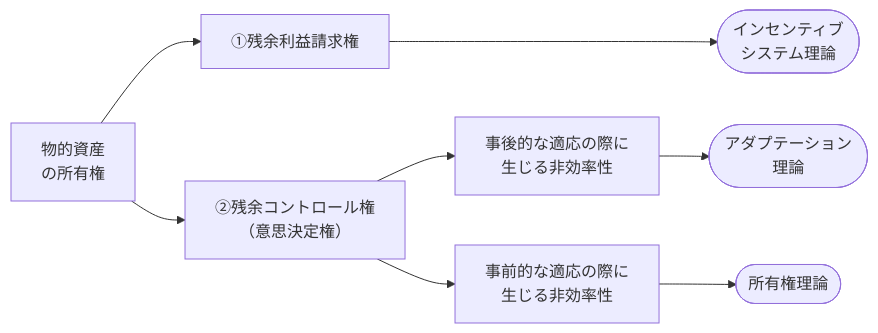
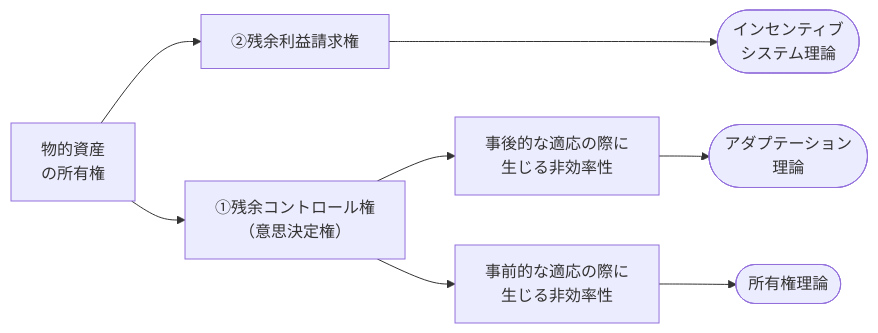
The second of 3 diagrams in 経済学/組織の経済学のフロンティアと日本企業組織/chap3_A.md (self-study-engineer/study-strategy), drawn with Mermaid before and after one commit. The commit also changed other lines of this file and 2 other files, not shown here.

````diff
--- a/経済学/組織の経済学のフロンティアと日本企業組織/chap3_A.md
+++ b/経済学/組織の経済学のフロンティアと日本企業組織/chap3_A.md
@@ -73,17 +77,17 @@
 ```mermaid
 graph LR
     A[物的資産<br>の所有権]
-    B[①残余利益請求権]
-    C[②残余コントロール権<br>（意思決定権）]
+    B[②残余利益請求権]
+    C[①残余コントロール権<br>（意思決定権）]
     D([インセンティブ<br>システム理論])
     E[事後的な適応の際に<br>生じる非効率性]
     F[事前的な適応の際に<br>生じる非効率性]
     G([アダプテーション<br>理論])
     H([所有権理論])
 
     A --> B & C
     B ---> D
     C --> E & F
     E --> G
     F --> H
 ```
````
